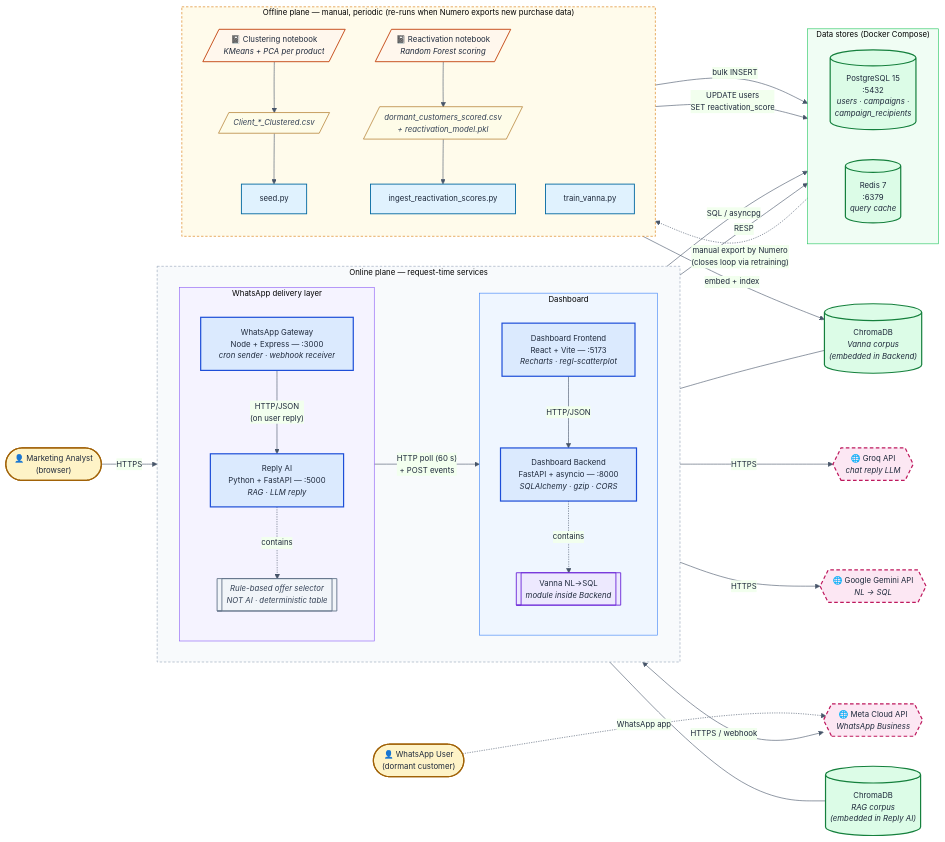
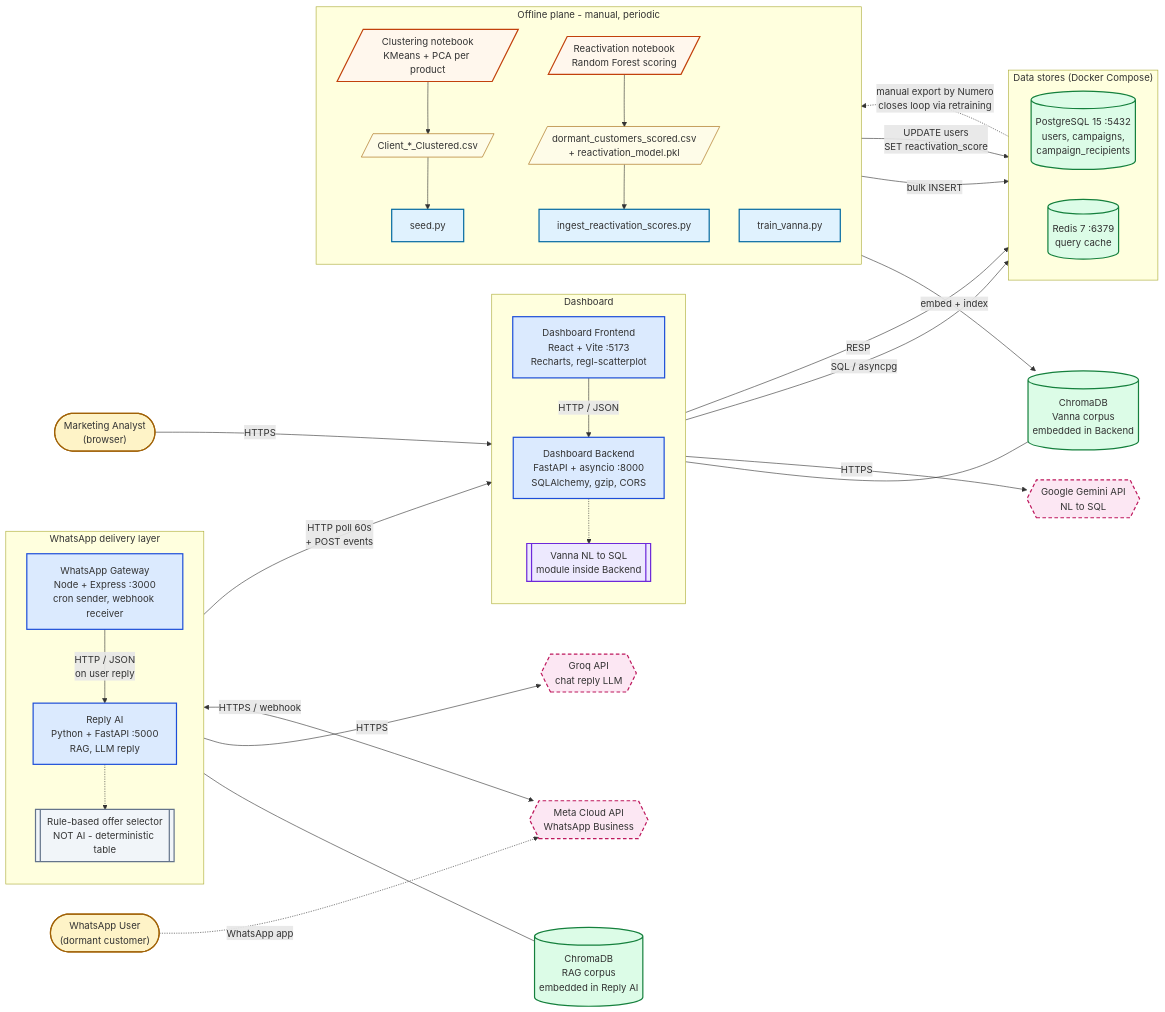
Before and after one commit to leenrayyan/numero-dashboard: the diagram in docs/diagrams/01-architecture.mmd, drawn with Mermaid.

Commit message:
fix: simplify Mermaid architecture diagram so it renders cleanly
- Drop %%{init}%% theme block (conflicts with mermaid.live defaults)
- Remove emoji from node labels (some renderers choke)
- Use the plain '-->' / '-.->' arrow forms instead of '-.label.->' which
  needs precise spacing
- Move classDef bindings to a single 'class A,B,C name' block at the end
  for compatibility with older Mermaid versions
- Add a comment at the top reminding the user to clear mermaid.live's
  default 'flowchart TD' template before pasting

```diff
--- a/docs/diagrams/01-architecture.mmd
+++ b/docs/diagrams/01-architecture.mmd
@@ -1,103 +1,102 @@
-%%{init: {'theme':'base','themeVariables':{
-  'primaryColor':'#eef2ff',
-  'primaryTextColor':'#1e293b',
-  'primaryBorderColor':'#475569',
-  'lineColor':'#475569',
-  'fontSize':'13px'
-}}}%%
+%% Numero Reactivation — high-level architecture (Figure 2)
+%% Render at https://mermaid.live  — IMPORTANT: clear the default
+%% "flowchart TD" template in the editor before pasting this in.
+
 flowchart LR
 
-%% =================== ACTORS ===================
-ANALYST(["👤 Marketing Analyst<br/>(browser)"]):::actor
-WAUSER(["👤 WhatsApp User<br/>(dormant customer)"]):::actor
+    %% ---------- ACTORS ----------
+    ANALYST(["Marketing Analyst<br/>(browser)"])
+    WAUSER(["WhatsApp User<br/>(dormant customer)"])
 
-%% =================== ONLINE PLANE ===================
-subgraph ONLINE["Online plane — request-time services"]
-  direction LR
+    %% ---------- DASHBOARD CLUSTER ----------
+    subgraph DASH["Dashboard"]
+        direction TB
+        FE["Dashboard Frontend<br/>React + Vite :5173<br/>Recharts, regl-scatterplot"]
+        BE["Dashboard Backend<br/>FastAPI + asyncio :8000<br/>SQLAlchemy, gzip, CORS"]
+        VANNA[["Vanna NL to SQL<br/>module inside Backend"]]
+        FE -->|HTTP / JSON| BE
+        BE -.-> VANNA
+    end
 
-  subgraph DASH["Dashboard"]
-    direction TB
-    FE["Dashboard Frontend<br/>React + Vite — :5173<br/><i>Recharts · regl-scatterplot</i>"]:::svc
-    BE["Dashboard Backend<br/>FastAPI + asyncio — :8000<br/><i>SQLAlchemy · gzip · CORS</i>"]:::svc
-    VANNA[["Vanna NL→SQL<br/><i>module inside Backend</i>"]]:::aimod
-    FE -- "HTTP/JSON" --> BE
-    BE -.contains.-> VANNA
-  end
+    %% ---------- WHATSAPP CLUSTER ----------
+    subgraph WA["WhatsApp delivery layer"]
+        direction TB
+        WAG["WhatsApp Gateway<br/>Node + Express :3000<br/>cron sender, webhook receiver"]
+        RAI["Reply AI<br/>Python + FastAPI :5000<br/>RAG, LLM reply"]
+        OFFER[["Rule-based offer selector<br/>NOT AI - deterministic table"]]
+        WAG -->|HTTP / JSON<br/>on user reply| RAI
+        RAI -.-> OFFER
+    end
 
-  subgraph WA["WhatsApp delivery layer"]
-    direction TB
-    WAG["WhatsApp Gateway<br/>Node + Express — :3000<br/><i>cron sender · webhook receiver</i>"]:::svc
-    RAI["Reply AI<br/>Python + FastAPI — :5000<br/><i>RAG · LLM reply</i>"]:::svc
-    OFFER[["Rule-based offer selector<br/><i>NOT AI · deterministic table</i>"]]:::rule
-    WAG -- "HTTP/JSON<br/>(on user reply)" --> RAI
-    RAI -.contains.-> OFFER
-  end
+    %% ---------- WAG → BACKEND ----------
+    WAG -->|HTTP poll 60s<br/>+ POST events| BE
 
-  WAG -- "HTTP poll (60 s)<br/>+ POST events" --> BE
-end
+    %% ---------- DATA STORES ----------
+    subgraph STORES["Data stores (Docker Compose)"]
+        direction LR
+        PG[("PostgreSQL 15 :5432<br/>users, campaigns,<br/>campaign_recipients")]
+        RD[("Redis 7 :6379<br/>query cache")]
+    end
 
-%% =================== STORES ===================
-subgraph STORES["Data stores (Docker Compose)"]
-  direction LR
-  PG[("PostgreSQL 15<br/>:5432<br/><i>users · campaigns ·<br/>campaign_recipients</i>")]:::store
-  RD[("Redis 7<br/>:6379<br/><i>query cache</i>")]:::store
-end
+    CHV[("ChromaDB<br/>Vanna corpus<br/>embedded in Backend")]
+    CHR[("ChromaDB<br/>RAG corpus<br/>embedded in Reply AI")]
 
-CHV[("ChromaDB<br/><i>Vanna corpus<br/>(embedded in Backend)</i>")]:::store
-CHR[("ChromaDB<br/><i>RAG corpus<br/>(embedded in Reply AI)</i>")]:::store
+    BE -->|SQL / asyncpg| PG
+    BE -->|RESP| RD
+    VANNA --- CHV
+    RAI --- CHR
 
-BE -- "SQL / asyncpg" --> PG
-BE -- "RESP" --> RD
-VANNA --- CHV
-RAI --- CHR
+    %% ---------- EXTERNAL APIs ----------
+    GEMINI{{"Google Gemini API<br/>NL to SQL"}}
+    GROQ{{"Groq API<br/>chat reply LLM"}}
+    META{{"Meta Cloud API<br/>WhatsApp Business"}}
 
-%% =================== EXTERNAL APIs ===================
-GEMINI{{"🌐 Google Gemini API<br/><i>NL → SQL</i>"}}:::ext
-GROQ{{"🌐 Groq API<br/><i>chat reply LLM</i>"}}:::ext
-META{{"🌐 Meta Cloud API<br/><i>WhatsApp Business</i>"}}:::ext
+    VANNA -->|HTTPS| GEMINI
+    RAI   -->|HTTPS| GROQ
+    WAG   <-->|HTTPS / webhook| META
 
-VANNA -- "HTTPS" --> GEMINI
-RAI   -- "HTTPS" --> GROQ
-WAG   -- "HTTPS / webhook" <--> META
+    %% ---------- OFFLINE PLANE ----------
+    subgraph OFFLINE["Offline plane - manual, periodic"]
+        direction TB
+        NB1[/"Clustering notebook<br/>KMeans + PCA per product"/]
+        NB2[/"Reactivation notebook<br/>Random Forest scoring"/]
+        CSV1[/"Client_*_Clustered.csv"/]
+        CSV2[/"dormant_customers_scored.csv<br/>+ reactivation_model.pkl"/]
+        S1["seed.py"]
+        S2["ingest_reactivation_scores.py"]
+        S3["train_vanna.py"]
+        NB1 --> CSV1 --> S1
+        NB2 --> CSV2 --> S2
+    end
 
-%% =================== OFFLINE PLANE ===================
-subgraph OFFLINE["Offline plane — manual, periodic (re-runs when Numero exports new purchase data)"]
-  direction TB
-  NB1[/"📓 Clustering notebook<br/><i>KMeans + PCA per product</i>"/]:::nb
-  NB2[/"📓 Reactivation notebook<br/><i>Random Forest scoring</i>"/]:::nb
-  CSV1[/"Client_*_Clustered.csv"/]:::file
-  CSV2[/"dormant_customers_scored.csv<br/>+ reactivation_model.pkl"/]:::file
-  S1["seed.py"]:::script
-  S2["ingest_reactivation_scores.py"]:::script
-  S3["train_vanna.py"]:::script
-  NB1 --> CSV1 --> S1
-  NB2 --> CSV2 --> S2
-end
+    S1 -->|bulk INSERT| PG
+    S2 -->|UPDATE users<br/>SET reactivation_score| PG
+    S3 -->|embed + index| CHV
 
-S1 -- "bulk INSERT" --> PG
-S2 -- "UPDATE users<br/>SET reactivation_score" --> PG
-S3 -- "embed + index" --> CHV
+    %% ---------- USER ENTRY POINTS ----------
+    ANALYST -->|HTTPS| FE
+    WAUSER  -.->|WhatsApp app| META
 
-%% =================== USER ENTRY POINTS ===================
-ANALYST -- "HTTPS" --> FE
-WAUSER  -. "WhatsApp app" .-> META
+    %% ---------- FEEDBACK LOOP (honest) ----------
+    PG -.->|manual export by Numero<br/>closes loop via retraining| NB2
 
-%% =================== FEEDBACK LOOP (honest) ===================
-PG  -. "manual export by Numero<br/>(closes loop via retraining)" .-> NB2
+    %% ---------- STYLES ----------
+    classDef actor   fill:#fef3c7,stroke:#a16207,stroke-width:2px
+    classDef svc     fill:#dbeafe,stroke:#1d4ed8,stroke-width:2px
+    classDef aimod   fill:#ede9fe,stroke:#6d28d9,stroke-width:2px
+    classDef rule    fill:#f1f5f9,stroke:#64748b,stroke-width:2px
+    classDef store   fill:#dcfce7,stroke:#15803d,stroke-width:2px
+    classDef ext     fill:#fce7f3,stroke:#be185d,stroke-width:2px,stroke-dasharray: 6 4
+    classDef nb      fill:#fff7ed,stroke:#c2410c,stroke-width:2px
+    classDef file    fill:#fefce8,stroke:#a16207,stroke-width:1px
+    classDef script  fill:#e0f2fe,stroke:#0369a1,stroke-width:2px
 
-%% =================== STYLES ===================
-classDef actor    fill:#fef3c7,stroke:#a16207,stroke-width:2px,color:#1e293b
-classDef svc      fill:#dbeafe,stroke:#1d4ed8,stroke-width:2px,color:#1e293b
-classDef aimod    fill:#ede9fe,stroke:#6d28d9,stroke-width:1.5px,color:#1e293b
-classDef rule     fill:#f1f5f9,stroke:#64748b,stroke-width:1.5px,color:#334155,font-style:italic
-classDef store    fill:#dcfce7,stroke:#15803d,stroke-width:2px,color:#1e293b
-classDef ext      fill:#fce7f3,stroke:#be185d,stroke-width:2px,stroke-dasharray:6 4,color:#1e293b
-classDef nb       fill:#fff7ed,stroke:#c2410c,stroke-width:1.5px,color:#1e293b
-classDef file     fill:#fefce8,stroke:#a16207,stroke-width:1px,color:#334155,font-style:italic
-classDef script   fill:#e0f2fe,stroke:#0369a1,stroke-width:1.5px,color:#1e293b
-
-style ONLINE fill:#f8fafc,stroke:#94a3b8,stroke-dasharray:4 3
-style OFFLINE fill:#fffbeb,stroke:#d97706,stroke-dasharray:4 3
-style DASH fill:#eff6ff,stroke:#3b82f6
-style WA fill:#f5f3ff,stroke:#8b5cf6
-style STORES fill:#f0fdf4,stroke:#22c55e
+    class ANALYST,WAUSER actor
+    class FE,BE,WAG,RAI svc
+    class VANNA aimod
+    class OFFER rule
+    class PG,RD,CHV,CHR store
+    class GEMINI,GROQ,META ext
+    class NB1,NB2 nb
+    class CSV1,CSV2 file
+    class S1,S2,S3 script
```
